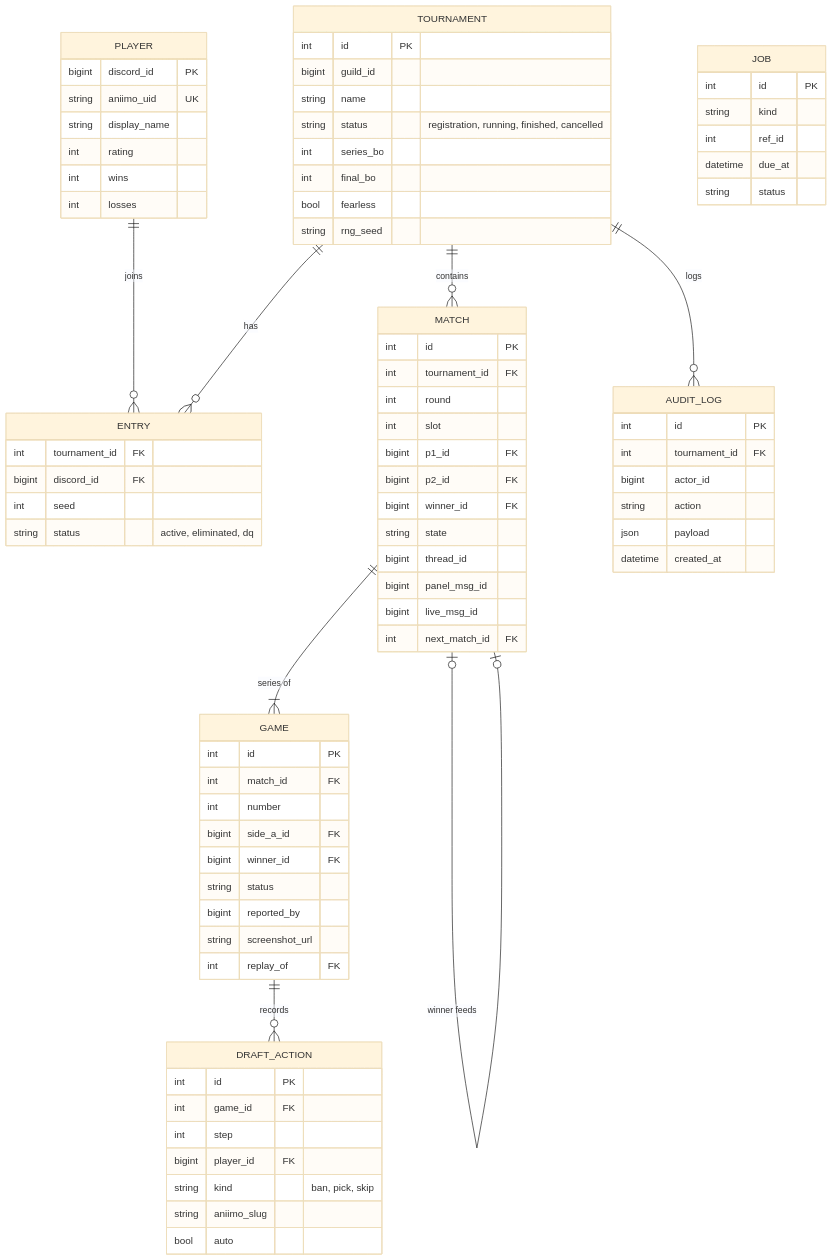
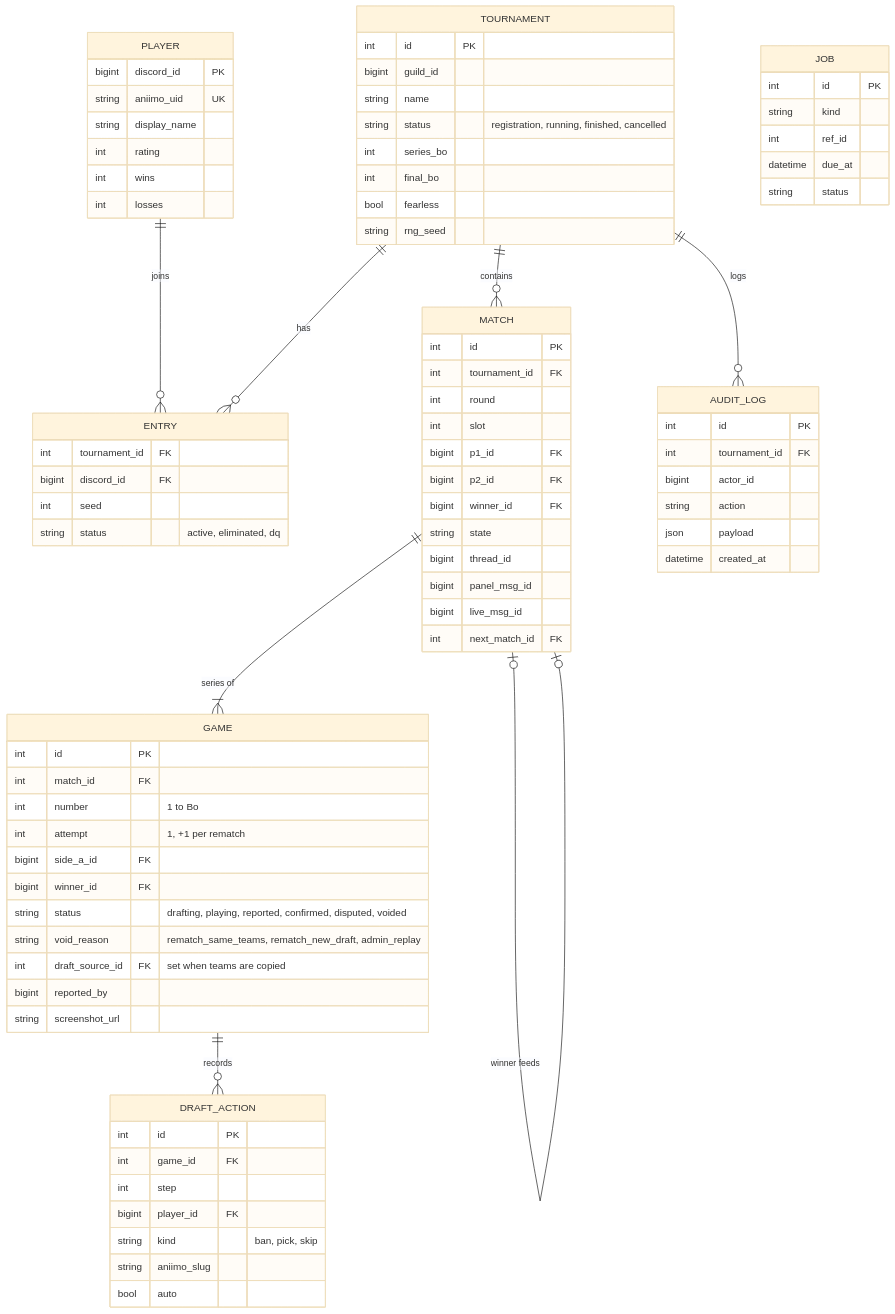
The ninth of 9 diagrams in docs/SYSTEM_DESIGN.md (lunaxoniichan/aniimo-pvp), drawn with Mermaid (base theme) before and after one commit. The commit also changed other lines of this file and 1 other file, not shown here.

First line of the commit message:
Separate rematch from next game in design and plan

```diff
--- a/docs/SYSTEM_DESIGN.md
+++ b/docs/SYSTEM_DESIGN.md
@@ -318,13 +349,15 @@
   GAME {
     int id PK
     int match_id FK
-    int number
+    int number "1 to Bo"
+    int attempt "1, +1 per rematch"
     bigint side_a_id FK
     bigint winner_id FK
-    string status
+    string status "drafting, playing, reported, confirmed, disputed, voided"
+    string void_reason "rematch_same_teams, rematch_new_draft, admin_replay"
+    int draft_source_id FK "set when teams are copied"
     bigint reported_by
     string screenshot_url
-    int replay_of FK
   }
   DRAFT_ACTION {
     int id PK
```
